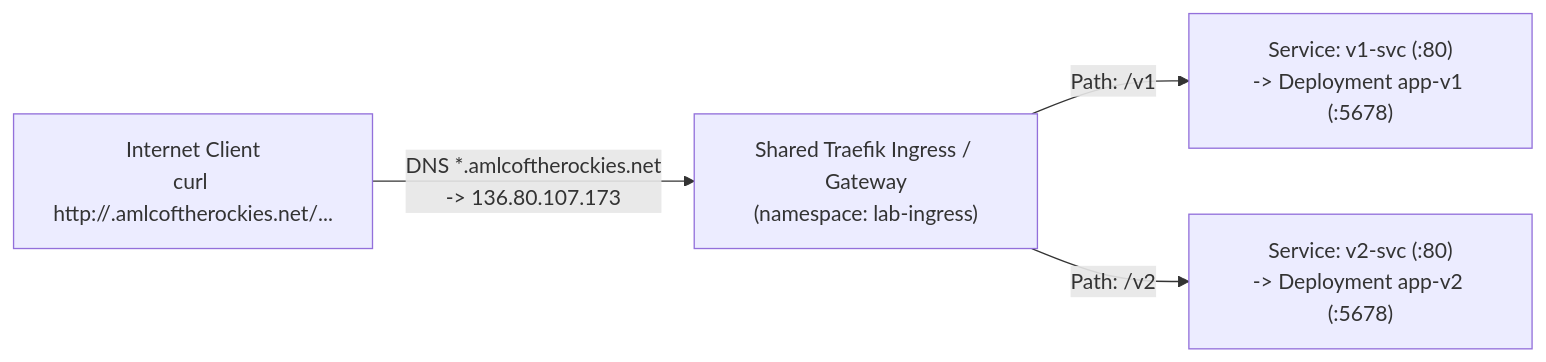
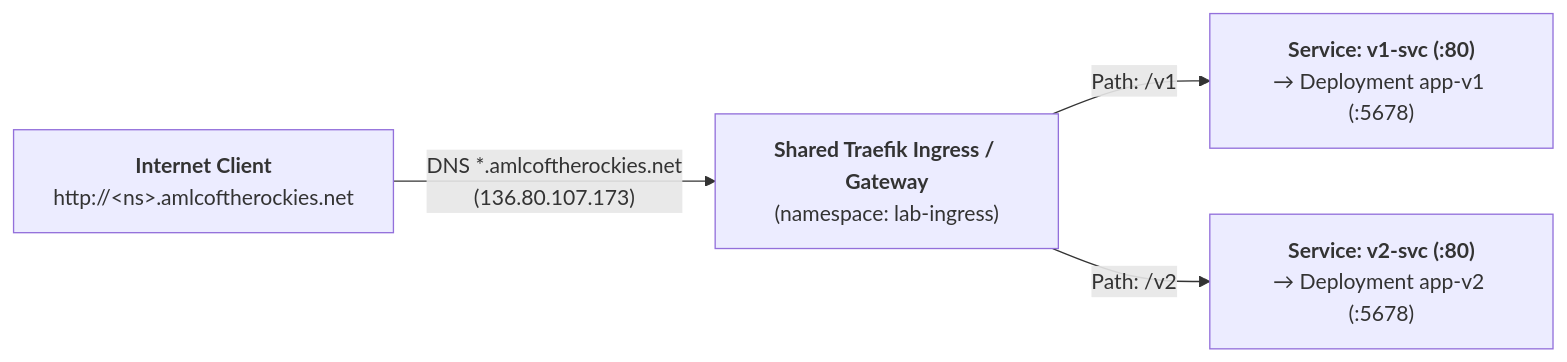
The second of 2 diagrams in section 9/README.md (amlcoftherockies/scaling-the-kubernetes-mountain), drawn with Mermaid before and after one commit. The commit also changed other lines of this file and 4 other files, not shown here.

Commit message:
Fix Mermaid diagram line breaks (<br/> instead of literal \n) and layout across Sections 6-10

````diff
--- a/section 9/README.md
+++ b/section 9/README.md
@@ -108,6 +108,6 @@
 ```mermaid
 flowchart LR
-    Browser["Internet Client\ncurl http://<ns>.amlcoftherockies.net/..."] -->|"DNS *.amlcoftherockies.net\n-> 136.80.107.173"| Traefik["Shared Traefik Ingress / Gateway\n(namespace: lab-ingress)"]
-    Traefik -->|"Path: /v1"| V1["Service: v1-svc (:80)\n-> Deployment app-v1 (:5678)"]
-    Traefik -->|"Path: /v2"| V2["Service: v2-svc (:80)\n-> Deployment app-v2 (:5678)"]
+    Browser["<b>Internet Client</b><br/>http://&lt;ns&gt;.amlcoftherockies.net"] -->|"DNS *.amlcoftherockies.net<br/>(136.80.107.173)"| Traefik["<b>Shared Traefik Ingress / Gateway</b><br/>(namespace: lab-ingress)"]
+    Traefik -->|"Path: /v1"| V1["<b>Service: v1-svc (:80)</b><br/>→ Deployment app-v1 (:5678)"]
+    Traefik -->|"Path: /v2"| V2["<b>Service: v2-svc (:80)</b><br/>→ Deployment app-v2 (:5678)"]
 ```
````
